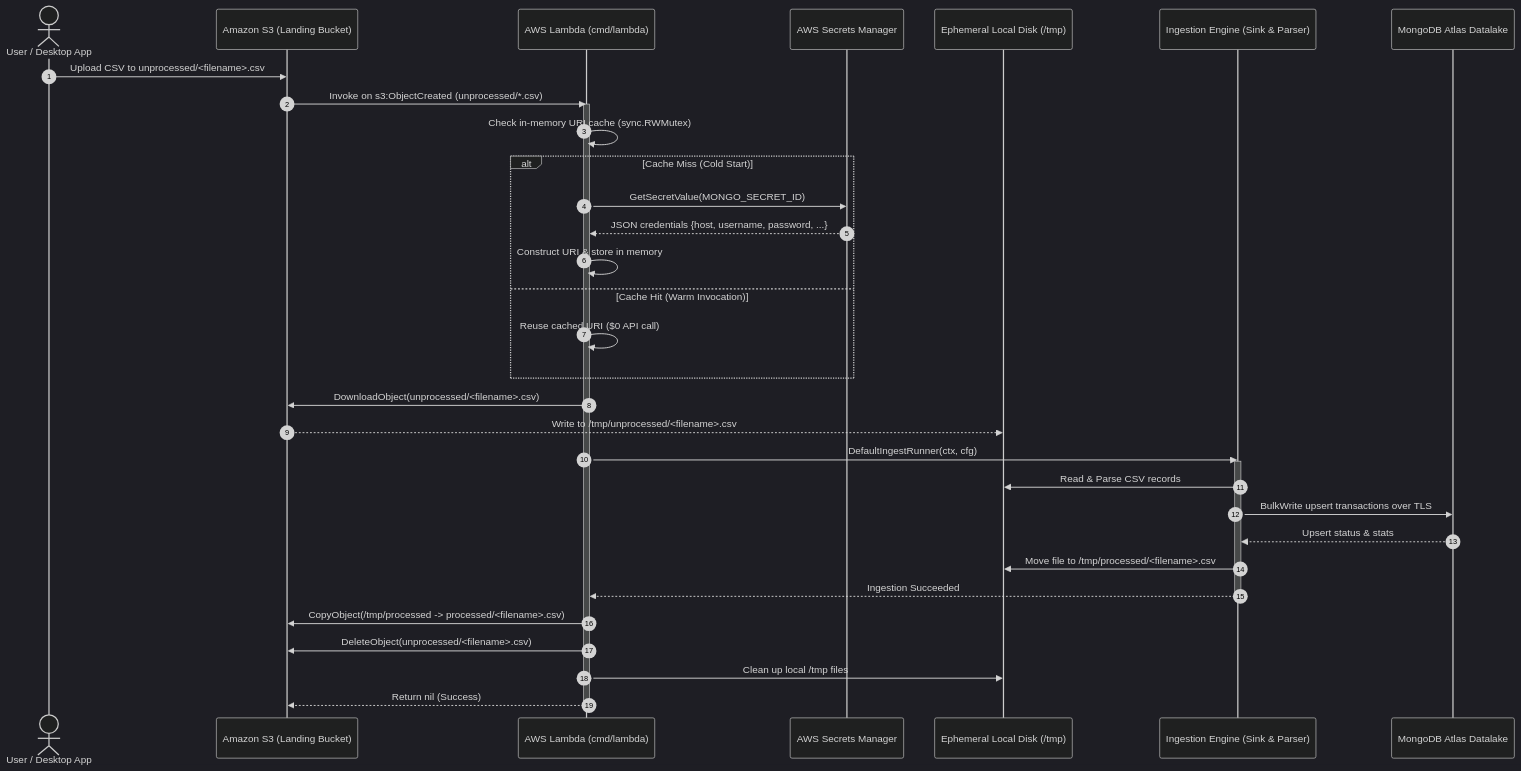
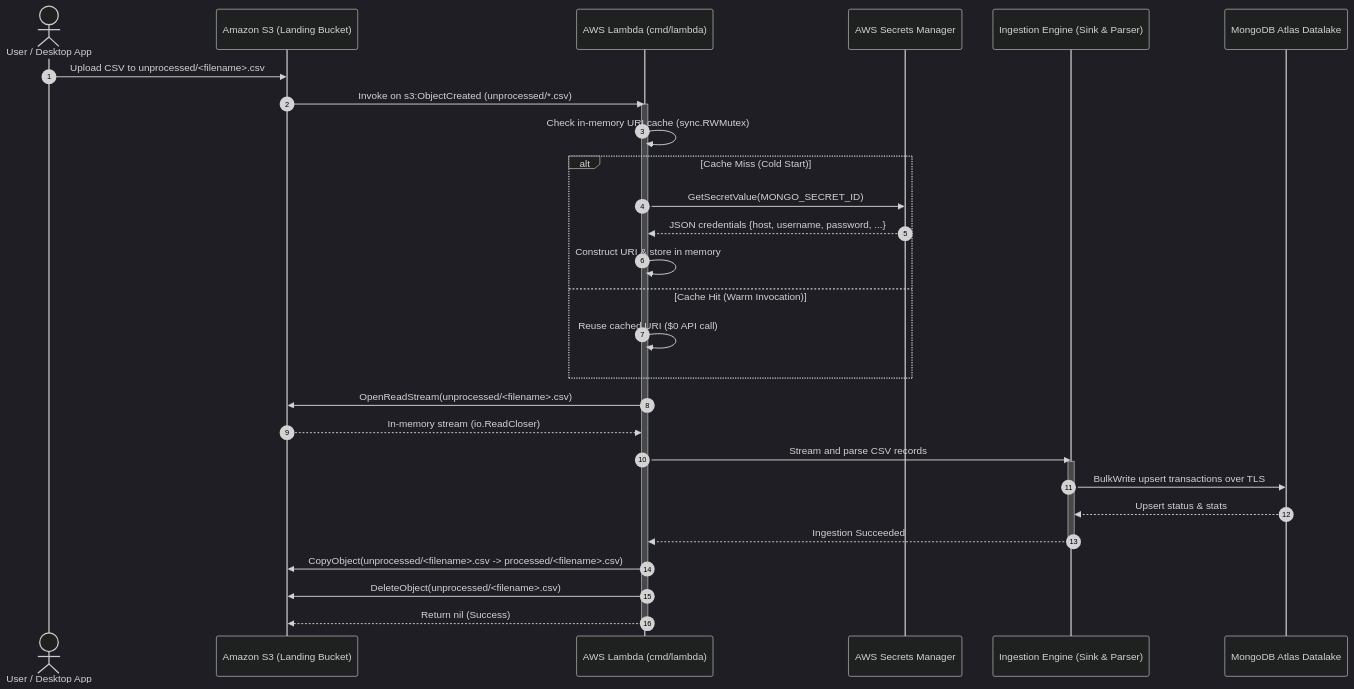
The second of 3 diagrams in docs/specs/data-loader-serverless-pipeline.md (ajponte/babylon_deploy), drawn with Mermaid (dark theme) before and after one commit. The commit also changed other lines of this file and 2 other files, not shown here.

Commit message:
feat(data-loader): drop obsolete LAMBDA_TMP_DIR and sync serverless specs to in-memory streaming

````diff
--- a/docs/specs/data-loader-serverless-pipeline.md
+++ b/docs/specs/data-loader-serverless-pipeline.md
@@ -134,42 +134,38 @@
 ```mermaid
 sequenceDiagram
     autonumber
     actor Client as User / Desktop App
     participant S3 as Amazon S3 (Landing Bucket)
     participant L as AWS Lambda (cmd/lambda)
     participant SM as AWS Secrets Manager
-    participant FS as Ephemeral Local Disk (/tmp)
     participant Core as Ingestion Engine (Sink & Parser)
     participant Atlas as MongoDB Atlas Datalake
 
     Client->>S3: Upload CSV to unprocessed/<filename>.csv
     S3->>L: Invoke on s3:ObjectCreated (unprocessed/*.csv)
     activate L
 
     L->>L: Check in-memory URI cache (sync.RWMutex)
     alt Cache Miss (Cold Start)
         L->>SM: GetSecretValue(MONGO_SECRET_ID)
         SM-->>L: JSON credentials {host, username, password, ...}
         L->>L: Construct URI & store in memory
     else Cache Hit (Warm Invocation)
         L->>L: Reuse cached URI ($0 API call)
     end
 
-    L->>S3: DownloadObject(unprocessed/<filename>.csv)
-    S3-->>FS: Write to /tmp/unprocessed/<filename>.csv
+    L->>S3: OpenReadStream(unprocessed/<filename>.csv)
+    S3-->>L: In-memory stream (io.ReadCloser)
 
-    L->>Core: DefaultIngestRunner(ctx, cfg)
+    L->>Core: Stream and parse CSV records
     activate Core
-    Core->>FS: Read & Parse CSV records
     Core->>Atlas: BulkWrite upsert transactions over TLS
     Atlas-->>Core: Upsert status & stats
-    Core->>FS: Move file to /tmp/processed/<filename>.csv
     Core-->>L: Ingestion Succeeded
     deactivate Core
 
-    L->>S3: CopyObject(/tmp/processed -> processed/<filename>.csv)
+    L->>S3: CopyObject(unprocessed/<filename>.csv -> processed/<filename>.csv)
     L->>S3: DeleteObject(unprocessed/<filename>.csv)
-    L->>FS: Clean up local /tmp files
     L-->>S3: Return nil (Success)
     deactivate L
 ```
````
